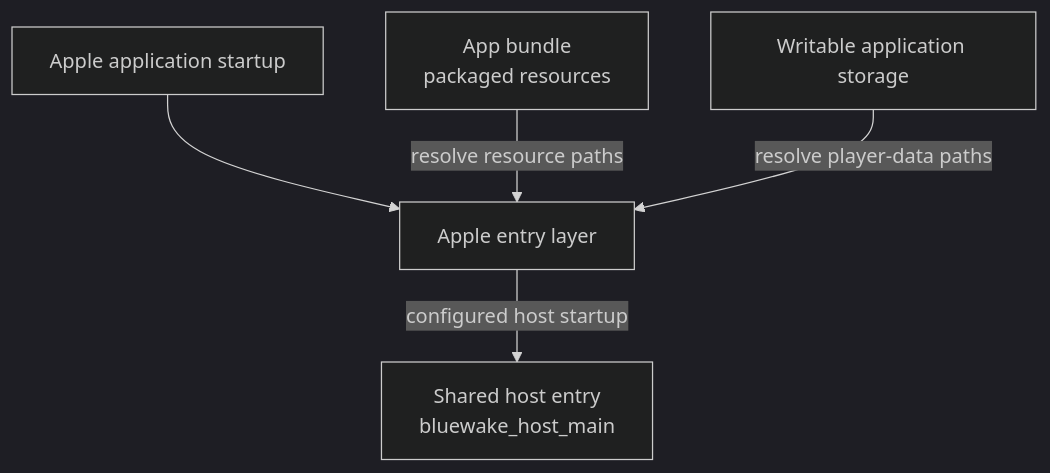
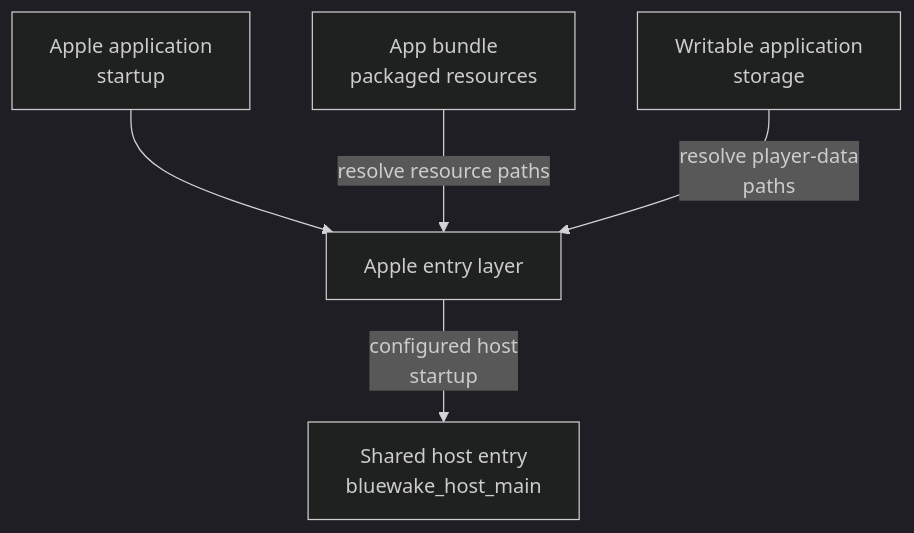
Before and after one commit to Aelbannan/boat_of_daphnes: the fifth of 9 diagrams in docs/architecture/Host.md, drawn with Mermaid (dark theme). The commit also changed other lines of this file and 7 other files, not shown here.

Commit message:
Wrap Mermaid diagram labels

````diff
--- a/docs/architecture/Host.md
+++ b/docs/architecture/Host.md
@@ -149,14 +149,14 @@
 ```mermaid
 flowchart TD
-    Start["Apple application startup"]
+    Start["Apple application<br/>startup"]
     Entry["Apple entry layer"]
     Bundle["App bundle<br/>packaged resources"]
-    Storage["Writable application storage"]
+    Storage["Writable application<br/>storage"]
     Host["`Shared host entry
 bluewake_host_main`"]
 
     Start --> Entry
     Bundle -->|"resolve resource paths"| Entry
-    Storage -->|"resolve player-data paths"| Entry
-    Entry -->|"configured host startup"| Host
+    Storage -->|"resolve player-data<br/>paths"| Entry
+    Entry -->|"configured host<br/>startup"| Host
 ```
````
